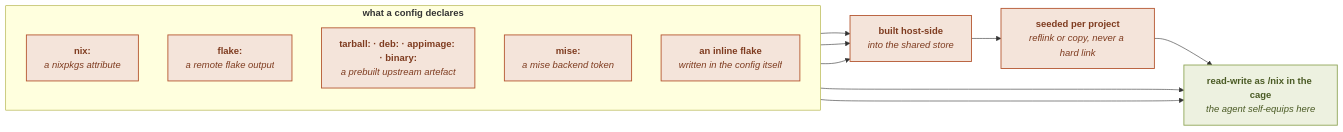
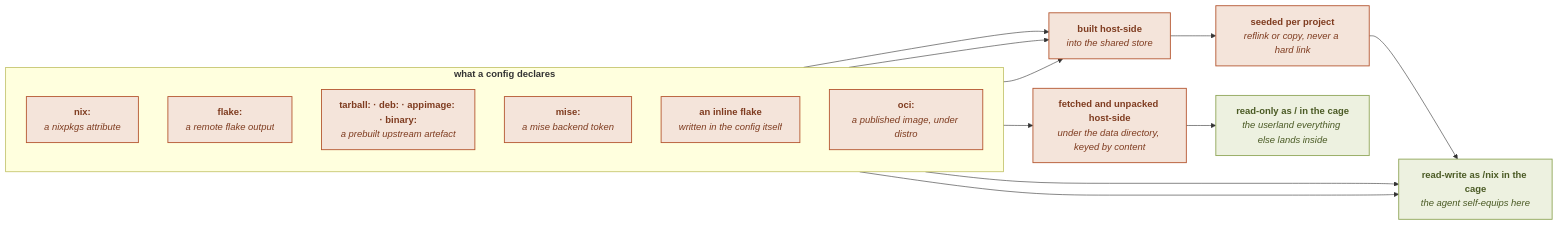
One commit to gigi206/ops-cli changed the fourth of 8 diagrams in docs-site/docs/guide/concepts/architecture.md. Above: the diagram before and after it, drawn with Mermaid. The commit also changed other lines of this file and 30 other files, not shown here.

````diff
--- a/docs-site/docs/guide/concepts/architecture.md
+++ b/docs-site/docs/guide/concepts/architecture.md
@@ -180,24 +181,27 @@
 ```mermaid
 flowchart LR
     subgraph declared["<b>what a config declares</b>"]
         direction TB
         N["<b>nix:</b><br/><i>a nixpkgs attribute</i>"]
         FL["<b>flake:</b><br/><i>a remote flake output</i>"]
         PRE["<b>tarball: · deb: · appimage: · binary:</b><br/><i>a prebuilt upstream artefact</i>"]
         M["<b>mise:</b><br/><i>a mise backend token</i>"]
         IN["<b>an inline flake</b><br/><i>written in the config itself</i>"]
+        OCI["<b>oci:</b><br/><i>a published image, under distro</i>"]
     end
 
     N --> HOST["<b>built host-side</b><br/><i>into the shared store</i>"]
     FL --> HOST
     PRE --> HOST
     HOST --> SEED["<b>seeded per project</b><br/><i>reflink or copy, never a hard link</i>"]
     SEED --> CAGE["<b>read-write as /nix in the cage</b><br/><i>the agent self-equips here</i>"]
     M --> CAGE
     IN --> CAGE
+    OCI --> UNPACK["<b>fetched and unpacked host-side</b><br/><i>under the data directory, keyed by content</i>"]
+    UNPACK --> ROOT["<b>read-only as / in the cage</b><br/><i>the userland everything else lands inside</i>"]
 
     classDef hs fill:#F4E4DA,stroke:#B4552F,stroke-width:1.5px,color:#7E3B1F
     classDef cs fill:#EDF1E0,stroke:#8FA557,stroke-width:1.5px,color:#4A5A24
-    class N,FL,PRE,M,IN,HOST,SEED hs
-    class CAGE cs
+    class N,FL,PRE,M,IN,OCI,HOST,SEED,UNPACK hs
+    class CAGE,ROOT cs
 ```
````
